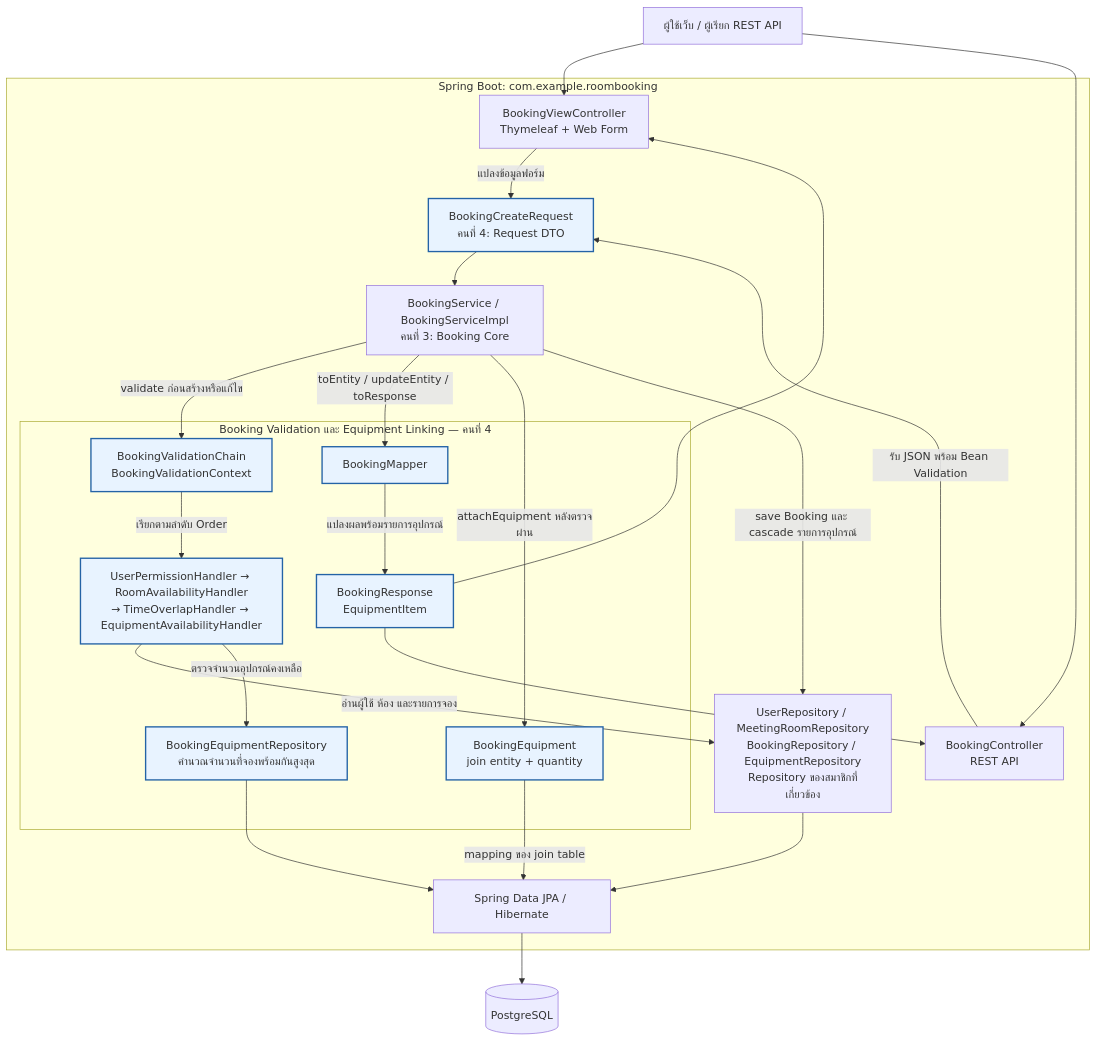
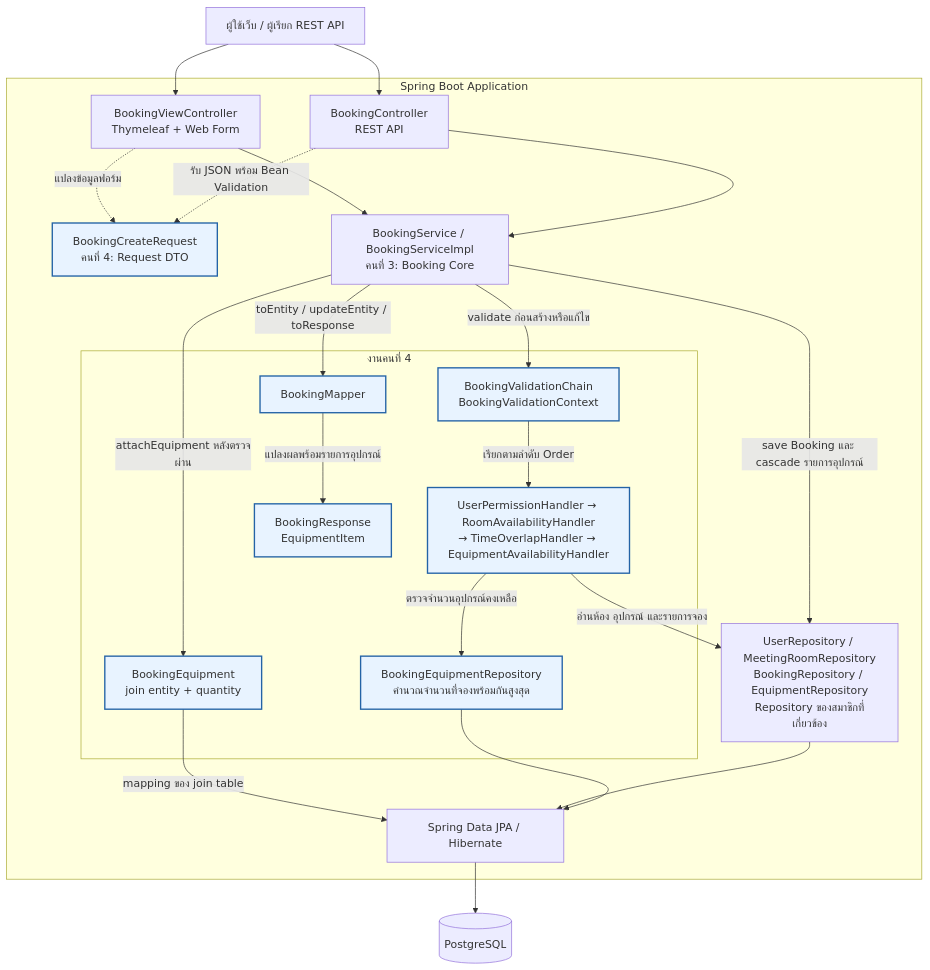
The first of 2 diagrams in doc/diagrams/nuttachai_673380581-8_04/06-component-and-deployment.md (BRHansol/Co-Working-Space-Equipment-Rental), drawn with Mermaid before and after one commit. The commit also changed other lines of this file, not shown here.

Commit message:
OrderServicedocs: deployment.md

````diff
--- a/doc/diagrams/nuttachai_673380581-8_04/06-component-and-deployment.md
+++ b/doc/diagrams/nuttachai_673380581-8_04/06-component-and-deployment.md
@@ -9,48 +9,47 @@
 ```mermaid
 flowchart TB
     Client["ผู้ใช้เว็บ / ผู้เรียก REST API"]
 
-    subgraph App["Spring Boot: com.example.roombooking"]
+    subgraph App["Spring Boot Application"]
         Web["BookingViewController<br/>Thymeleaf + Web Form"]
         API["BookingController<br/>REST API"]
         Request["BookingCreateRequest<br/>คนที่ 4: Request DTO"]
         Service["BookingService / BookingServiceImpl<br/>คนที่ 3: Booking Core"]
 
-        subgraph Member4["Booking Validation และ Equipment Linking — คนที่ 4"]
+        subgraph Member4["งานคนที่ 4"]
             Chain["BookingValidationChain<br/>BookingValidationContext"]
             Handlers["UserPermissionHandler → RoomAvailabilityHandler<br/>→ TimeOverlapHandler → EquipmentAvailabilityHandler"]
             Mapper["BookingMapper"]
             Response["BookingResponse<br/>EquipmentItem"]
             Link["BookingEquipment<br/>join entity + quantity"]
             LinkRepo["BookingEquipmentRepository<br/>คำนวณจำนวนที่จองพร้อมกันสูงสุด"]
         end
 
         OtherRepos["UserRepository / MeetingRoomRepository<br/>BookingRepository / EquipmentRepository<br/>Repository ของสมาชิกที่เกี่ยวข้อง"]
         JPA["Spring Data JPA / Hibernate"]
     end
 
     DB[("PostgreSQL")]
 
     Client --> Web
     Client --> API
-    Web -->|แปลงข้อมูลฟอร์ม| Request
-    API -->|รับ JSON พร้อม Bean Validation| Request
-    Request --> Service
+    Web --> Service
+    API --> Service
+    Web -.->|แปลงข้อมูลฟอร์ม| Request
+    API -.->|รับ JSON พร้อม Bean Validation| Request
     Service -->|validate ก่อนสร้างหรือแก้ไข| Chain
     Chain -->|เรียกตามลำดับ Order| Handlers
-    Handlers -->|อ่านผู้ใช้ ห้อง และรายการจอง| OtherRepos
+    Handlers -->|อ่านห้อง อุปกรณ์ และรายการจอง| OtherRepos
     Handlers -->|ตรวจจำนวนอุปกรณ์คงเหลือ| LinkRepo
     Service -->|toEntity / updateEntity / toResponse| Mapper
     Service -->|attachEquipment หลังตรวจผ่าน| Link
     Mapper -->|แปลงผลพร้อมรายการอุปกรณ์| Response
-    Response --> Web
-    Response --> API
     Service -->|save Booking และ cascade รายการอุปกรณ์| OtherRepos
     Link -->|mapping ของ join table| JPA
     OtherRepos --> JPA
     LinkRepo --> JPA
     JPA --> DB
 
     classDef owned fill:#E8F3FF,stroke:#2463A6,stroke-width:2px;
     class Request,Chain,Handlers,Mapper,Response,Link,LinkRepo owned;
 ```
````
